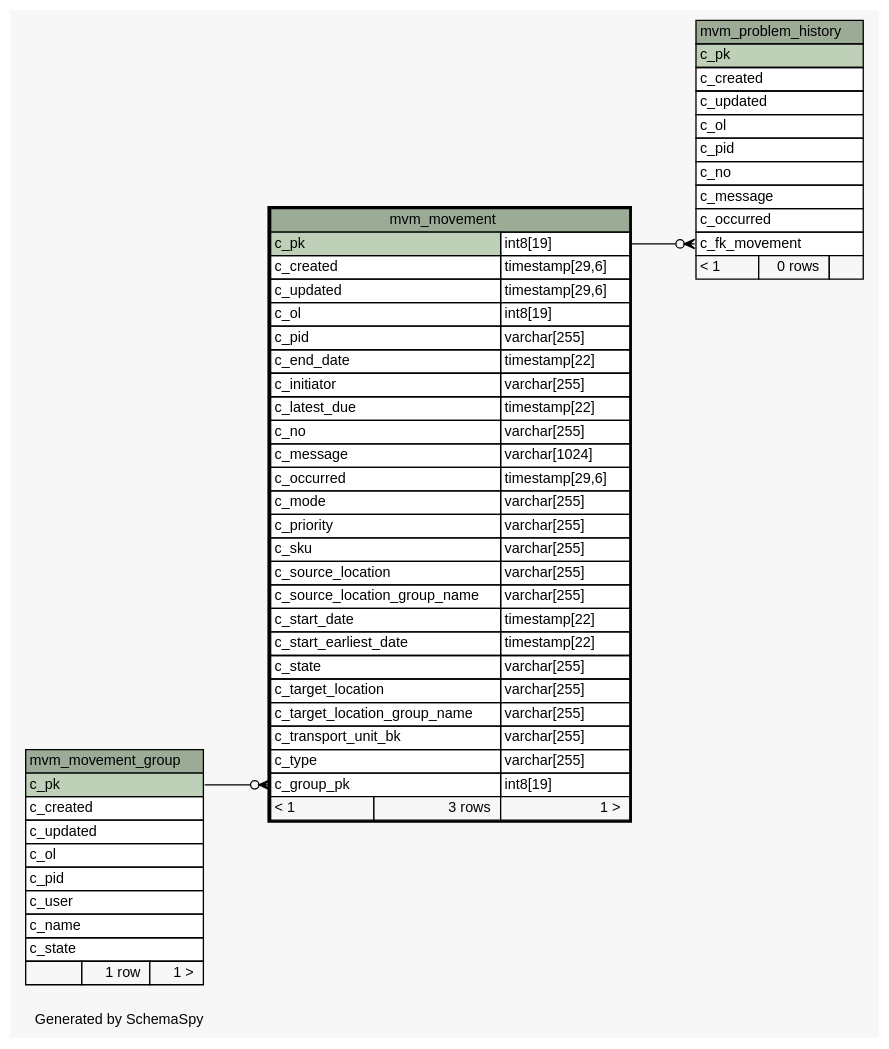
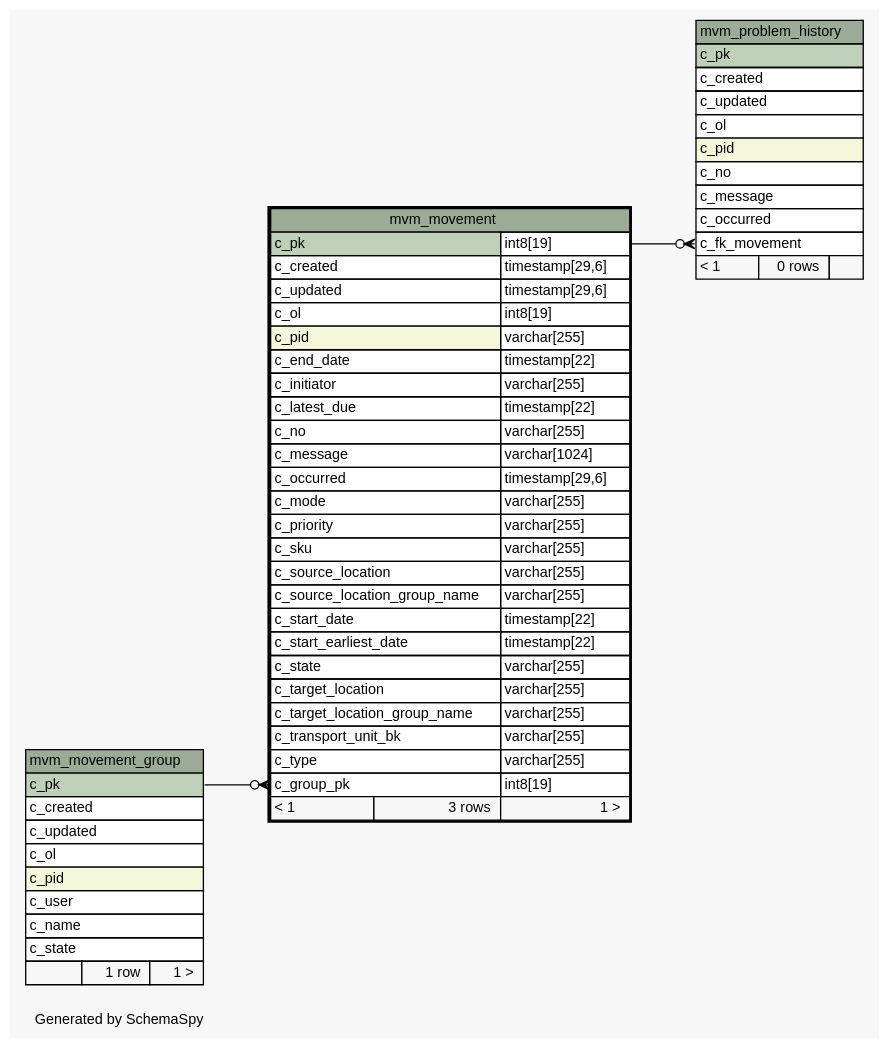
Before and after one commit to openwms/org.openwms.wms.movements.lib: the diagram in 1.0.0-SNAPSHOT/schemaspy/diagrams/mvm_movement.1degree.dot, drawn with Graphviz. The commit also changed 264 other files, not shown here.

```diff
--- a/1.0.0-SNAPSHOT/schemaspy/diagrams/mvm_movement.1degree.dot
+++ b/1.0.0-SNAPSHOT/schemaspy/diagrams/mvm_movement.1degree.dot
@@ -1,92 +1,92 @@
 // dot 2.43.0 on Linux 5.11.0-1028-azure
 // SchemaSpy rev Unknown
 digraph "oneDegreeRelationshipsDiagram" {
   graph [
     rankdir="RL"
     bgcolor="#f7f7f7"
     label="\nGenerated by SchemaSpy"
     labeljust="l"
     nodesep="0.18"
     ranksep="0.46"
     fontname="Helvetica"
     fontsize="11"
   ];
   node [
     fontname="Helvetica"
     fontsize="11"
     shape="plaintext"
   ];
   edge [
     arrowsize="0.8"
   ];
   "mvm_movement":"c_group_pk":w -> "mvm_movement_group":"c_pk":e [arrowhead=none dir=back arrowtail=crowodot];
   "mvm_problem_history":"c_fk_movement":w -> "mvm_movement":"c_pk.type":e [arrowhead=none dir=back arrowtail=crowodot];
   "mvm_movement" [
     label=<
     <TABLE BORDER="2" CELLBORDER="1" CELLSPACING="0" BGCOLOR="#ffffff">
       <TR><TD COLSPAN="3" BGCOLOR="#9bab96" ALIGN="CENTER">mvm_movement</TD></TR>
       <TR><TD PORT="c_pk" COLSPAN="2" BGCOLOR="#bed1b8" ALIGN="LEFT">c_pk</TD><TD PORT="c_pk.type" ALIGN="LEFT">int8[19]</TD></TR>
       <TR><TD PORT="c_created" COLSPAN="2" ALIGN="LEFT">c_created</TD><TD PORT="c_created.type" ALIGN="LEFT">timestamp[29,6]</TD></TR>
       <TR><TD PORT="c_updated" COLSPAN="2" ALIGN="LEFT">c_updated</TD><TD PORT="c_updated.type" ALIGN="LEFT">timestamp[29,6]</TD></TR>
       <TR><TD PORT="c_ol" COLSPAN="2" ALIGN="LEFT">c_ol</TD><TD PORT="c_ol.type" ALIGN="LEFT">int8[19]</TD></TR>
-      <TR><TD PORT="c_pid" COLSPAN="2" ALIGN="LEFT">c_pid</TD><TD PORT="c_pid.type" ALIGN="LEFT">varchar[255]</TD></TR>
+      <TR><TD PORT="c_pid" COLSPAN="2" BGCOLOR="#f4f7da" ALIGN="LEFT">c_pid</TD><TD PORT="c_pid.type" ALIGN="LEFT">varchar[255]</TD></TR>
       <TR><TD PORT="c_end_date" COLSPAN="2" ALIGN="LEFT">c_end_date</TD><TD PORT="c_end_date.type" ALIGN="LEFT">timestamp[22]</TD></TR>
       <TR><TD PORT="c_initiator" COLSPAN="2" ALIGN="LEFT">c_initiator</TD><TD PORT="c_initiator.type" ALIGN="LEFT">varchar[255]</TD></TR>
       <TR><TD PORT="c_latest_due" COLSPAN="2" ALIGN="LEFT">c_latest_due</TD><TD PORT="c_latest_due.type" ALIGN="LEFT">timestamp[22]</TD></TR>
       <TR><TD PORT="c_no" COLSPAN="2" ALIGN="LEFT">c_no</TD><TD PORT="c_no.type" ALIGN="LEFT">varchar[255]</TD></TR>
       <TR><TD PORT="c_message" COLSPAN="2" ALIGN="LEFT">c_message</TD><TD PORT="c_message.type" ALIGN="LEFT">varchar[1024]</TD></TR>
       <TR><TD PORT="c_occurred" COLSPAN="2" ALIGN="LEFT">c_occurred</TD><TD PORT="c_occurred.type" ALIGN="LEFT">timestamp[29,6]</TD></TR>
       <TR><TD PORT="c_mode" COLSPAN="2" ALIGN="LEFT">c_mode</TD><TD PORT="c_mode.type" ALIGN="LEFT">varchar[255]</TD></TR>
       <TR><TD PORT="c_priority" COLSPAN="2" ALIGN="LEFT">c_priority</TD><TD PORT="c_priority.type" ALIGN="LEFT">varchar[255]</TD></TR>
       <TR><TD PORT="c_sku" COLSPAN="2" ALIGN="LEFT">c_sku</TD><TD PORT="c_sku.type" ALIGN="LEFT">varchar[255]</TD></TR>
       <TR><TD PORT="c_source_location" COLSPAN="2" ALIGN="LEFT">c_source_location</TD><TD PORT="c_source_location.type" ALIGN="LEFT">varchar[255]</TD></TR>
       <TR><TD PORT="c_source_location_group_name" COLSPAN="2" ALIGN="LEFT">c_source_location_group_name</TD><TD PORT="c_source_location_group_name.type" ALIGN="LEFT">varchar[255]</TD></TR>
       <TR><TD PORT="c_start_date" COLSPAN="2" ALIGN="LEFT">c_start_date</TD><TD PORT="c_start_date.type" ALIGN="LEFT">timestamp[22]</TD></TR>
       <TR><TD PORT="c_start_earliest_date" COLSPAN="2" ALIGN="LEFT">c_start_earliest_date</TD><TD PORT="c_start_earliest_date.type" ALIGN="LEFT">timestamp[22]</TD></TR>
       <TR><TD PORT="c_state" COLSPAN="2" ALIGN="LEFT">c_state</TD><TD PORT="c_state.type" ALIGN="LEFT">varchar[255]</TD></TR>
       <TR><TD PORT="c_target_location" COLSPAN="2" ALIGN="LEFT">c_target_location</TD><TD PORT="c_target_location.type" ALIGN="LEFT">varchar[255]</TD></TR>
       <TR><TD PORT="c_target_location_group_name" COLSPAN="2" ALIGN="LEFT">c_target_location_group_name</TD><TD PORT="c_target_location_group_name.type" ALIGN="LEFT">varchar[255]</TD></TR>
       <TR><TD PORT="c_transport_unit_bk" COLSPAN="2" ALIGN="LEFT">c_transport_unit_bk</TD><TD PORT="c_transport_unit_bk.type" ALIGN="LEFT">varchar[255]</TD></TR>
       <TR><TD PORT="c_type" COLSPAN="2" ALIGN="LEFT">c_type</TD><TD PORT="c_type.type" ALIGN="LEFT">varchar[255]</TD></TR>
       <TR><TD PORT="c_group_pk" COLSPAN="2" ALIGN="LEFT">c_group_pk</TD><TD PORT="c_group_pk.type" ALIGN="LEFT">int8[19]</TD></TR>
       <TR><TD ALIGN="LEFT" BGCOLOR="#f7f7f7">&lt; 1</TD><TD ALIGN="RIGHT" BGCOLOR="#f7f7f7">3 rows</TD><TD ALIGN="RIGHT" BGCOLOR="#f7f7f7">1 &gt;</TD></TR>
     </TABLE>>
     URL="mvm_movement.html"
     tooltip="mvm_movement"
   ];
   "mvm_movement_group" [
     label=<
     <TABLE BORDER="0" CELLBORDER="1" CELLSPACING="0" BGCOLOR="#ffffff">
       <TR><TD COLSPAN="3" BGCOLOR="#9bab96" ALIGN="CENTER">mvm_movement_group</TD></TR>
       <TR><TD PORT="c_pk" COLSPAN="3" BGCOLOR="#bed1b8" ALIGN="LEFT">c_pk</TD></TR>
       <TR><TD PORT="c_created" COLSPAN="3" ALIGN="LEFT">c_created</TD></TR>
       <TR><TD PORT="c_updated" COLSPAN="3" ALIGN="LEFT">c_updated</TD></TR>
       <TR><TD PORT="c_ol" COLSPAN="3" ALIGN="LEFT">c_ol</TD></TR>
-      <TR><TD PORT="c_pid" COLSPAN="3" ALIGN="LEFT">c_pid</TD></TR>
+      <TR><TD PORT="c_pid" COLSPAN="3" BGCOLOR="#f4f7da" ALIGN="LEFT">c_pid</TD></TR>
       <TR><TD PORT="c_user" COLSPAN="3" ALIGN="LEFT">c_user</TD></TR>
       <TR><TD PORT="c_name" COLSPAN="3" ALIGN="LEFT">c_name</TD></TR>
       <TR><TD PORT="c_state" COLSPAN="3" ALIGN="LEFT">c_state</TD></TR>
       <TR><TD ALIGN="LEFT" BGCOLOR="#f7f7f7">  </TD><TD ALIGN="RIGHT" BGCOLOR="#f7f7f7">1 row</TD><TD ALIGN="RIGHT" BGCOLOR="#f7f7f7">1 &gt;</TD></TR>
     </TABLE>>
     URL="mvm_movement_group.html"
     tooltip="mvm_movement_group"
   ];
   "mvm_problem_history" [
     label=<
     <TABLE BORDER="0" CELLBORDER="1" CELLSPACING="0" BGCOLOR="#ffffff">
       <TR><TD COLSPAN="3" BGCOLOR="#9bab96" ALIGN="CENTER">mvm_problem_history</TD></TR>
       <TR><TD PORT="c_pk" COLSPAN="3" BGCOLOR="#bed1b8" ALIGN="LEFT">c_pk</TD></TR>
       <TR><TD PORT="c_created" COLSPAN="3" ALIGN="LEFT">c_created</TD></TR>
       <TR><TD PORT="c_updated" COLSPAN="3" ALIGN="LEFT">c_updated</TD></TR>
       <TR><TD PORT="c_ol" COLSPAN="3" ALIGN="LEFT">c_ol</TD></TR>
-      <TR><TD PORT="c_pid" COLSPAN="3" ALIGN="LEFT">c_pid</TD></TR>
+      <TR><TD PORT="c_pid" COLSPAN="3" BGCOLOR="#f4f7da" ALIGN="LEFT">c_pid</TD></TR>
       <TR><TD PORT="c_no" COLSPAN="3" ALIGN="LEFT">c_no</TD></TR>
       <TR><TD PORT="c_message" COLSPAN="3" ALIGN="LEFT">c_message</TD></TR>
       <TR><TD PORT="c_occurred" COLSPAN="3" ALIGN="LEFT">c_occurred</TD></TR>
       <TR><TD PORT="c_fk_movement" COLSPAN="3" ALIGN="LEFT">c_fk_movement</TD></TR>
       <TR><TD ALIGN="LEFT" BGCOLOR="#f7f7f7">&lt; 1</TD><TD ALIGN="RIGHT" BGCOLOR="#f7f7f7">0 rows</TD><TD ALIGN="RIGHT" BGCOLOR="#f7f7f7">  </TD></TR>
     </TABLE>>
     URL="mvm_problem_history.html"
     tooltip="mvm_problem_history"
   ];
 }
```
